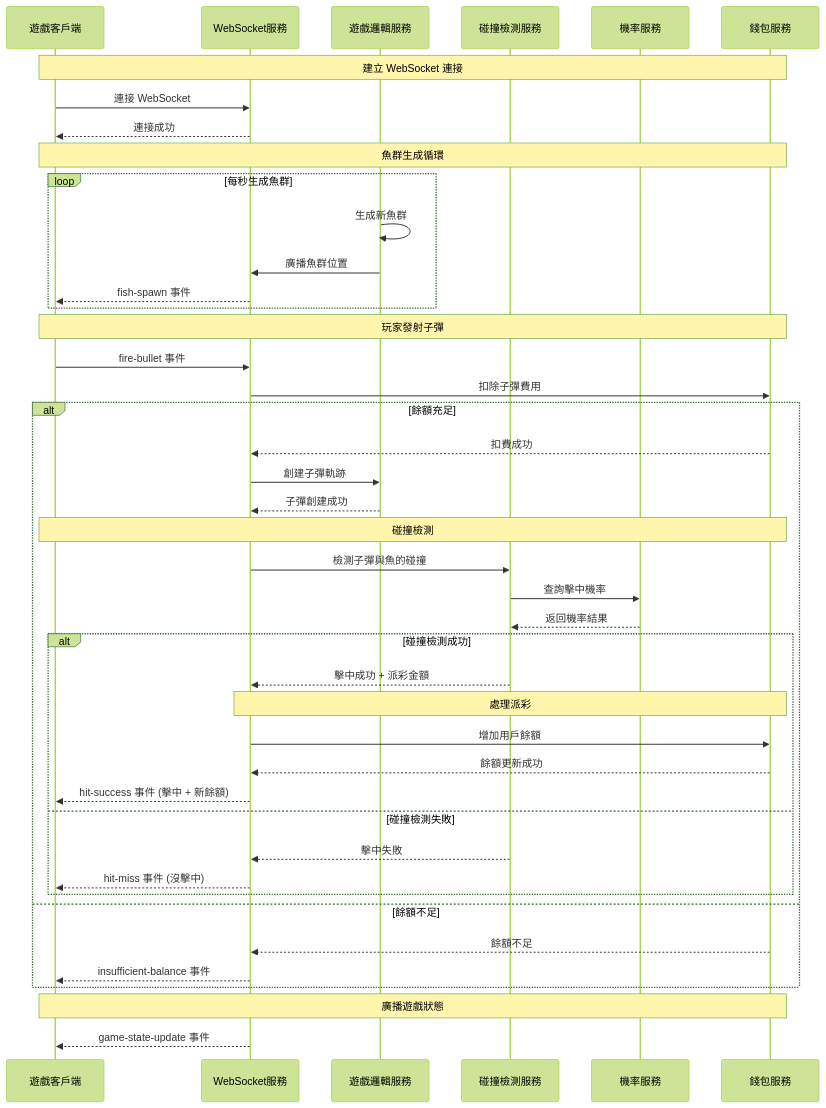
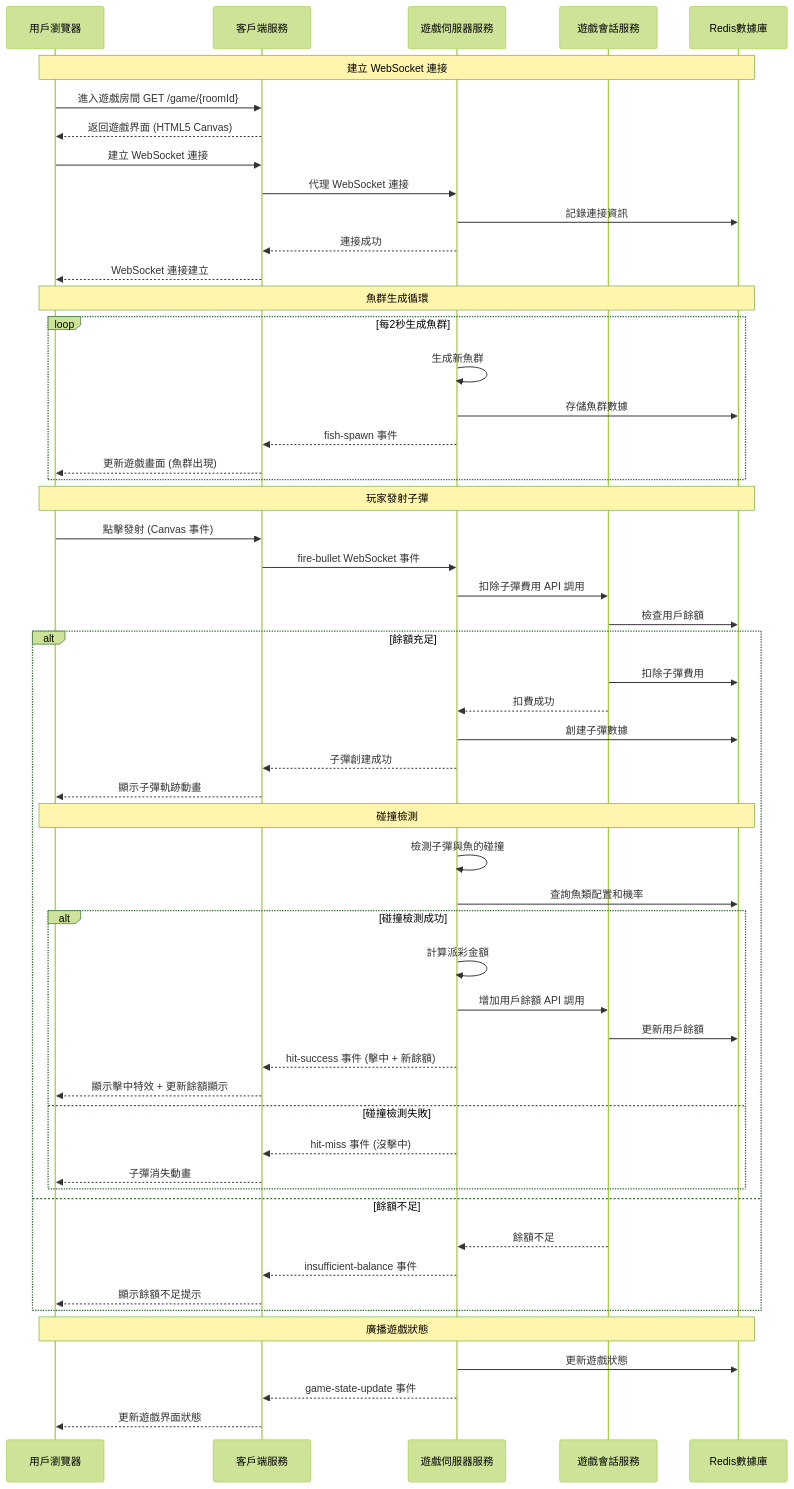
The fourth of 5 diagrams in .kiro/specs/fish-game-microservices/design.md (hoycdanny/fish-machine-workshop), drawn with Mermaid (forest theme) before and after one commit. The commit also changed other lines of this file and 18 other files, not shown here.

````diff
--- a/.kiro/specs/fish-game-microservices/design.md
+++ b/.kiro/specs/fish-game-microservices/design.md
@@ -865,54 +1617,64 @@
 ```mermaid
 sequenceDiagram
-    participant Client as 遊戲客戶端
-    participant WS as WebSocket服務
-    participant Game as 遊戲邏輯服務
-    participant Collision as 碰撞檢測服務
-    participant Probability as 機率服務
-    participant Wallet as 錢包服務
+    participant User as 用戶瀏覽器
+    participant ClientSvc as 客戶端服務
+    participant GameServer as 遊戲伺服器服務
+    participant GameSession as 遊戲會話服務
+    participant Redis as Redis數據庫
     
-    Note over Client,Wallet: 建立 WebSocket 連接
-    Client->>WS: 連接 WebSocket
-    WS-->>Client: 連接成功
+    Note over User,Redis: 建立 WebSocket 連接
+    User->>ClientSvc: 進入遊戲房間 GET /game/{roomId}
+    ClientSvc-->>User: 返回遊戲界面 (HTML5 Canvas)
+    User->>ClientSvc: 建立 WebSocket 連接
+    ClientSvc->>GameServer: 代理 WebSocket 連接
+    GameServer->>Redis: 記錄連接資訊
+    GameServer-->>ClientSvc: 連接成功
+    ClientSvc-->>User: WebSocket 連接建立
     
-    Note over Client,Wallet: 魚群生成循環
-    loop 每秒生成魚群
-        Game->>Game: 生成新魚群
-        Game->>WS: 廣播魚群位置
-        WS-->>Client: fish-spawn 事件
+    Note over User,Redis: 魚群生成循環
+    loop 每2秒生成魚群
+        GameServer->>GameServer: 生成新魚群
+        GameServer->>Redis: 存儲魚群數據
+        GameServer-->>ClientSvc: fish-spawn 事件
+        ClientSvc-->>User: 更新遊戲畫面 (魚群出現)
     end
     
-    Note over Client,Wallet: 玩家發射子彈
-    Client->>WS: fire-bullet 事件
-    WS->>Wallet: 扣除子彈費用
+    Note over User,Redis: 玩家發射子彈
+    User->>ClientSvc: 點擊發射 (Canvas 事件)
+    ClientSvc->>GameServer: fire-bullet WebSocket 事件
+    GameServer->>GameSession: 扣除子彈費用 API 調用
+    GameSession->>Redis: 檢查用戶餘額
     
     alt 餘額充足
-        Wallet-->>WS: 扣費成功
-        WS->>Game: 創建子彈軌跡
-        Game-->>WS: 子彈創建成功
+        GameSession->>Redis: 扣除子彈費用
+        GameSession-->>GameServer: 扣費成功
+        GameServer->>Redis: 創建子彈數據
+        GameServer-->>ClientSvc: 子彈創建成功
+        ClientSvc-->>User: 顯示子彈軌跡動畫
         
-        Note over Client,Wallet: 碰撞檢測
-        WS->>Collision: 檢測子彈與魚的碰撞
-        Collision->>Probability: 查詢擊中機率
-        Probability-->>Collision: 返回機率結果
+        Note over User,Redis: 碰撞檢測
+        GameServer->>GameServer: 檢測子彈與魚的碰撞
+        GameServer->>Redis: 查詢魚類配置和機率
         
         alt 碰撞檢測成功
-            Collision-->>WS: 擊中成功 + 派彩金額
-            
-            Note over WS,Wallet: 處理派彩
-            WS->>Wallet: 增加用戶餘額
-            Wallet-->>WS: 餘額更新成功
-            WS-->>Client: hit-success 事件 (擊中 + 新餘額)
+            GameServer->>GameServer: 計算派彩金額
+            GameServer->>GameSession: 增加用戶餘額 API 調用
+            GameSession->>Redis: 更新用戶餘額
+            GameServer-->>ClientSvc: hit-success 事件 (擊中 + 新餘額)
+            ClientSvc-->>User: 顯示擊中特效 + 更新餘額顯示
         else 碰撞檢測失敗
-            Collision-->>WS: 擊中失敗
-            WS-->>Client: hit-miss 事件 (沒擊中)
+            GameServer-->>ClientSvc: hit-miss 事件 (沒擊中)
+            ClientSvc-->>User: 子彈消失動畫
         end
         
     else 餘額不足
-        Wallet-->>WS: 餘額不足
-        WS-->>Client: insufficient-balance 事件
+        GameSession-->>GameServer: 餘額不足
+        GameServer-->>ClientSvc: insufficient-balance 事件
+        ClientSvc-->>User: 顯示餘額不足提示
     end
     
-    Note over Client,Wallet: 廣播遊戲狀態
-    WS-->>Client: game-state-update 事件
+    Note over User,Redis: 廣播遊戲狀態
+    GameServer->>Redis: 更新遊戲狀態
+    GameServer-->>ClientSvc: game-state-update 事件
+    ClientSvc-->>User: 更新遊戲界面狀態
 ```
````
